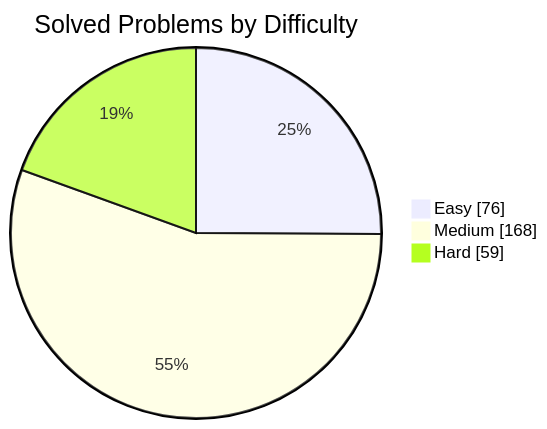
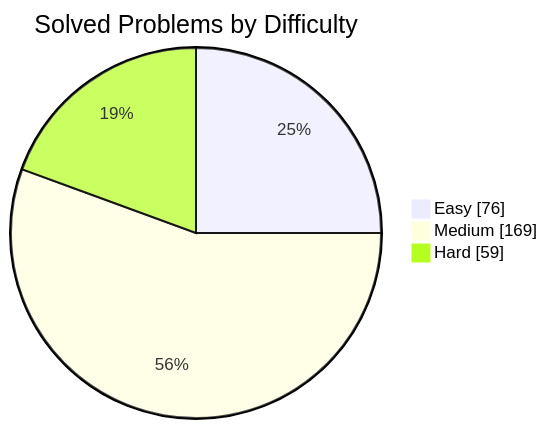
Before and after one commit to manikantbindass/DSA-Preparation-FAANG: the first of 2 diagrams in README.md, drawn with Mermaid. The commit also changed other lines of this file and 1 other file, not shown here.

````diff
--- a/README.md
+++ b/README.md
@@ -77,7 +77,7 @@
 ```mermaid
 pie showData
     title Solved Problems by Difficulty
     "Easy" : 76
-    "Medium" : 168
+    "Medium" : 169
     "Hard" : 59
 ```
````
